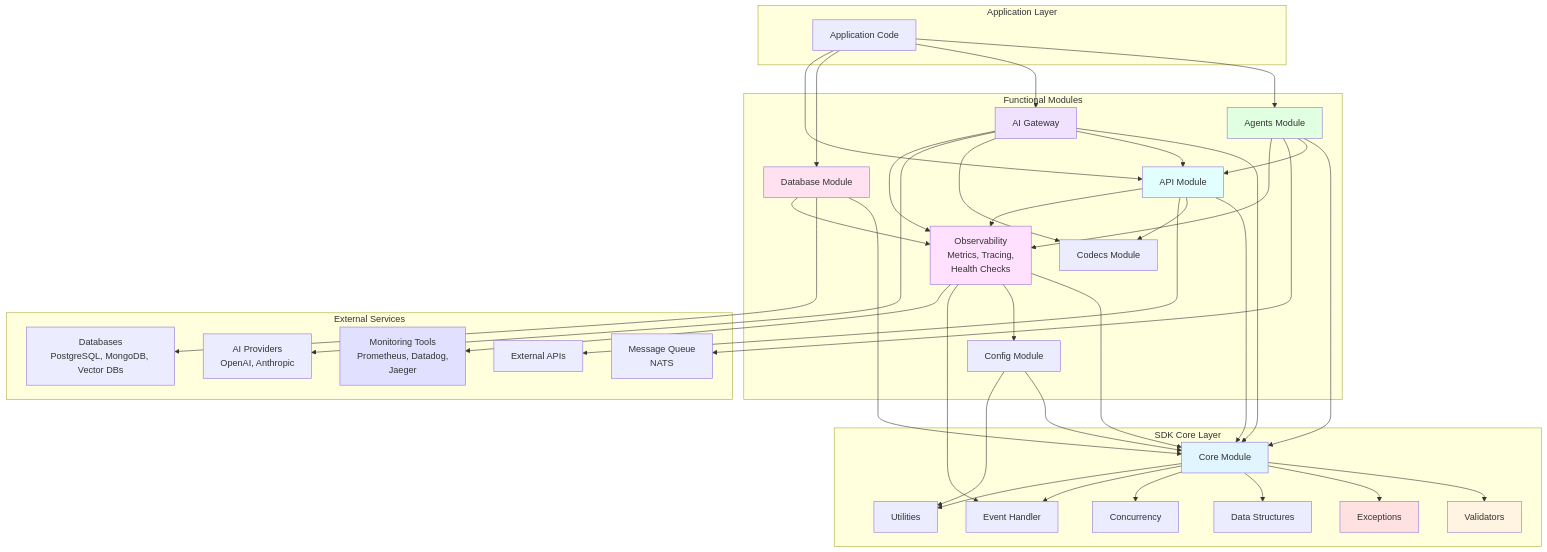
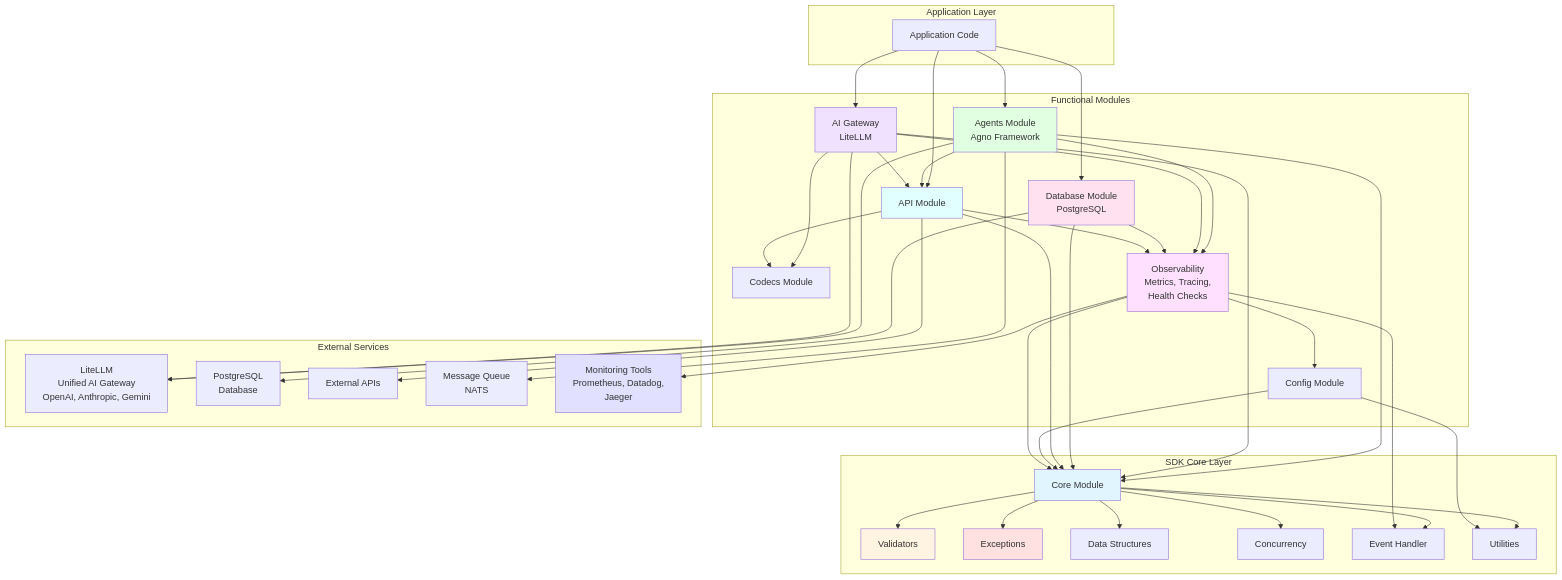
The first of 16 diagrams in ARCHITECTURE.md (Kevinparashar/motadata-AI-sdk-2.0), drawn with Mermaid before and after one commit. The commit also changed other lines of this file and 12 other files, not shown here.

Commit message:
updated databse/agents/gateway libraries

```diff
--- a/ARCHITECTURE.md
+++ b/ARCHITECTURE.md
@@ -71,9 +71,9 @@
     end
     
     subgraph "Functional Modules"
-        AGENT[Agents Module]
-        AI[AI Gateway]
-        DB[Database Module]
+        AGENT[Agents Module<br/>Agno Framework]
+        AI[AI Gateway<br/>LiteLLM]
+        DB[Database Module<br/>PostgreSQL]
         API[API Module]
         CODEC[Codecs Module]
         CONFIG[Config Module]
@@ -81,8 +81,8 @@
     end
     
     subgraph "External Services"
-        AI_PROV[AI Providers<br/>OpenAI, Anthropic]
-        DB_SERV[Databases<br/>PostgreSQL, MongoDB, Vector DBs]
+        LITELLM[LiteLLM<br/>Unified AI Gateway<br/>OpenAI, Anthropic, Gemini]
+        POSTGRES[PostgreSQL<br/>Database]
         EXT_API[External APIs]
         MSG[Message Queue<br/>NATS]
         MONITOR[Monitoring Tools<br/>Prometheus, Datadog,<br/>Jaeger]
@@ -96,14 +96,15 @@
     AGENT --> CORE
     AGENT --> API
     AGENT --> MSG
+    AGENT --> LITELLM
     
     AI --> CORE
     AI --> API
     AI --> CODEC
-    AI --> AI_PROV
+    AI --> LITELLM
     
     DB --> CORE
-    DB --> DB_SERV
+    DB --> POSTGRES
     
     API --> CORE
     API --> CODEC
```
